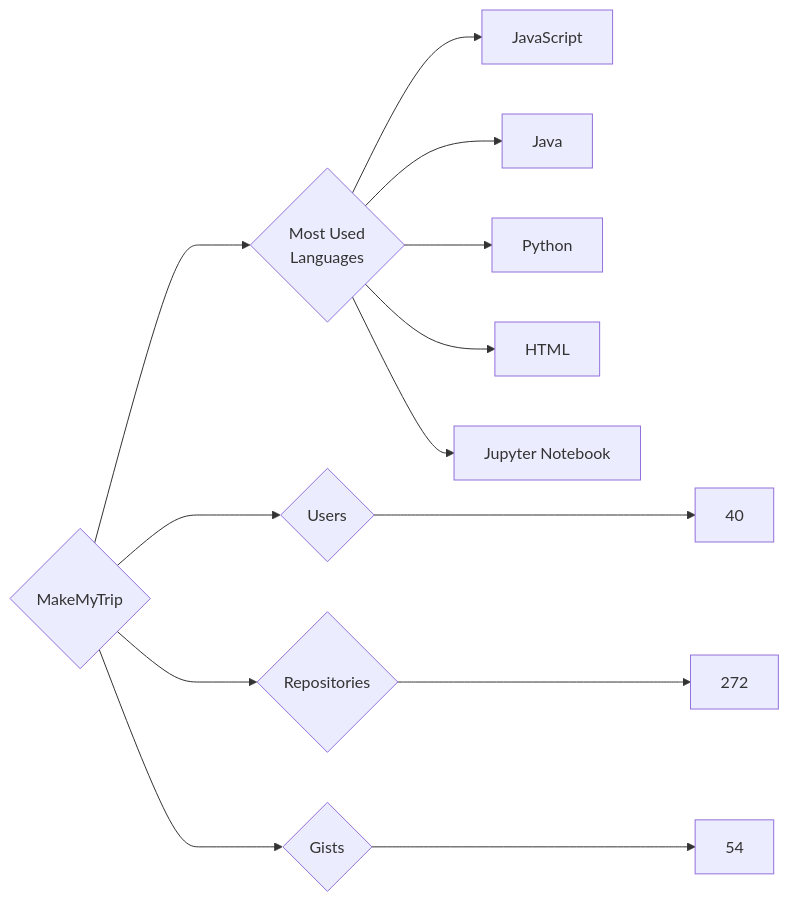
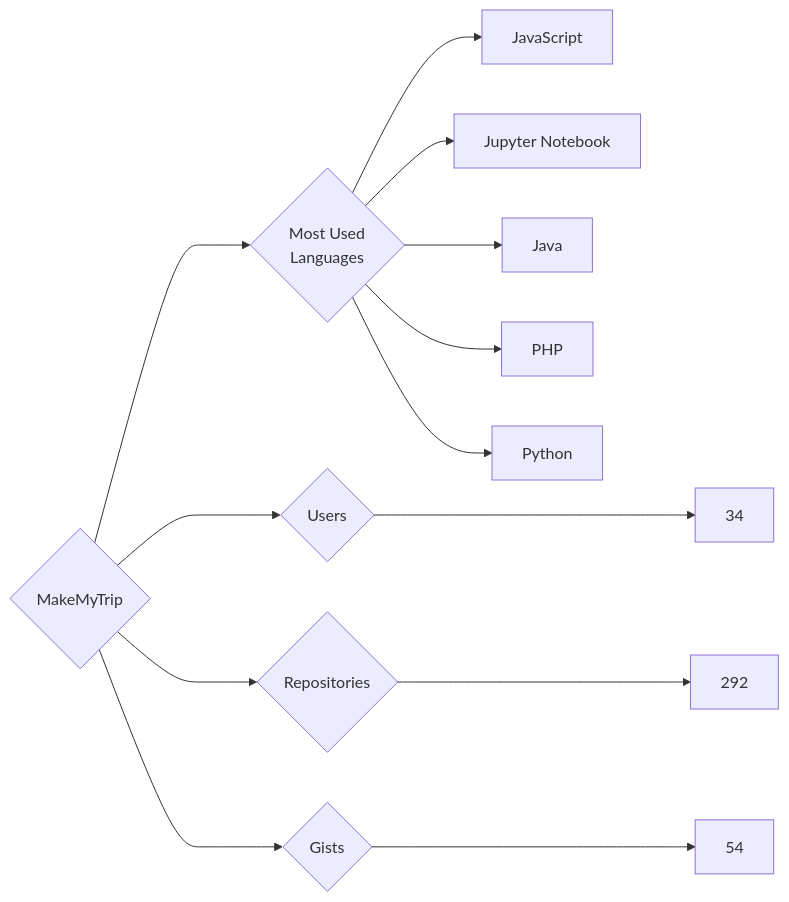
The diagram in targets/MakeMyTrip/README.md (trickest/insiders), drawn with Mermaid before and after one commit. The commit also changed 895 other files, not shown here.

````diff
--- a/targets/MakeMyTrip/README.md
+++ b/targets/MakeMyTrip/README.md
@@ -3,13 +3,13 @@
 ```mermaid
 graph LR
 COMPANY_NAME{MakeMyTrip}
-COMPANY_NAME ---> U{Users} ---> UN[40]
-COMPANY_NAME ---> R{Repositories} ---> RN[272]
+COMPANY_NAME ---> U{Users} ---> UN[34]
+COMPANY_NAME ---> R{Repositories} ---> RN[292]
 COMPANY_NAME ---> G{Gists} ---> GN[54]
 COMPANY_NAME ---> ML{Most Used<br>Languages}
 ML --> JavaScript[JavaScript]
+ML --> Jupyter_Notebook[Jupyter Notebook]
 ML --> Java[Java]
+ML --> PHP[PHP]
 ML --> Python[Python]
-ML --> HTML[HTML]
-ML --> Jupyter_Notebook[Jupyter Notebook]
 ```
````
